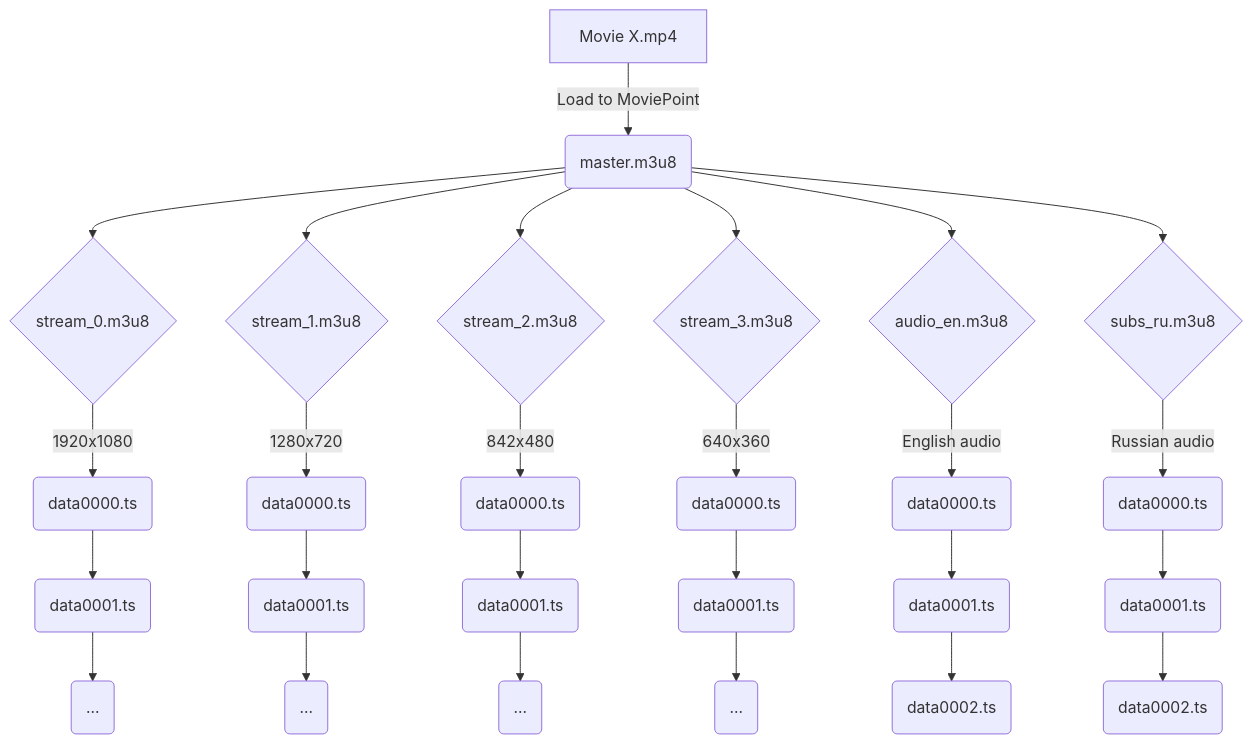
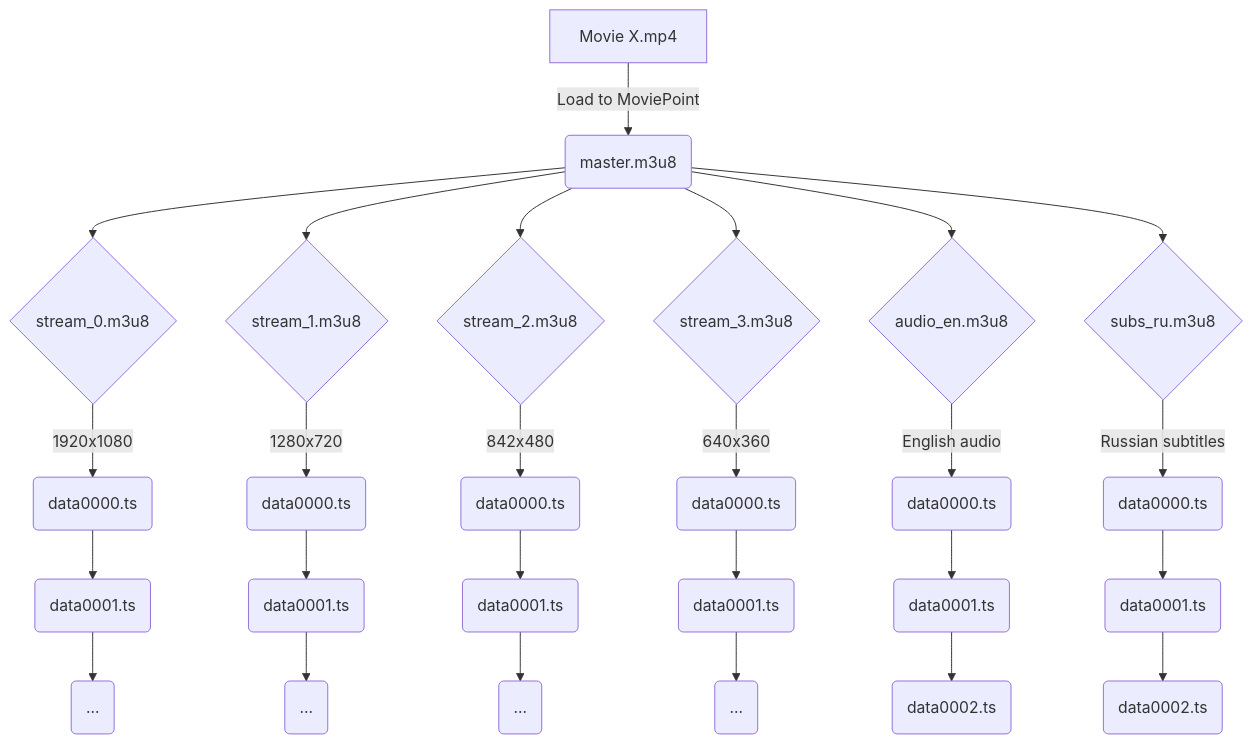
The diagram in README.md (AlexSavelev/MoviePoint), drawn with Mermaid before and after one commit.

````diff
--- a/README.md
+++ b/README.md
@@ -30,34 +30,34 @@
 ```mermaid
 flowchart TD
     A[Movie X.mp4] -->|Load to MoviePoint| B(master.m3u8)
     B --> C{stream_0.m3u8}
     B --> D{stream_1.m3u8}
     B --> E{stream_2.m3u8}
     B --> F{stream_3.m3u8}
     B --> S{audio_en.m3u8}
     B --> T{subs_ru.m3u8}
 
     C --> |1920x1080| G(data0000.ts)
     G --> H(data0001.ts)
     H --> I(...)
 
     D --> |1280x720| J(data0000.ts)
     J --> K(data0001.ts)
     K --> L(...)
 
     E --> |842x480| M(data0000.ts)
     M --> N(data0001.ts)
     N --> O(...)
 
     F --> |640x360| P(data0000.ts)
     P --> Q(data0001.ts)
     Q --> R(...)
 
     S --> |English audio| U(data0000.ts)
     U --> W(data0001.ts)
     W --> X(data0002.ts)
 
-    T --> |Russian audio| Y(data0000.ts)
+    T --> |Russian subtitles| Y(data0000.ts)
     Y --> Z(data0001.ts)
     Z --> V(data0002.ts)
 ```
````
